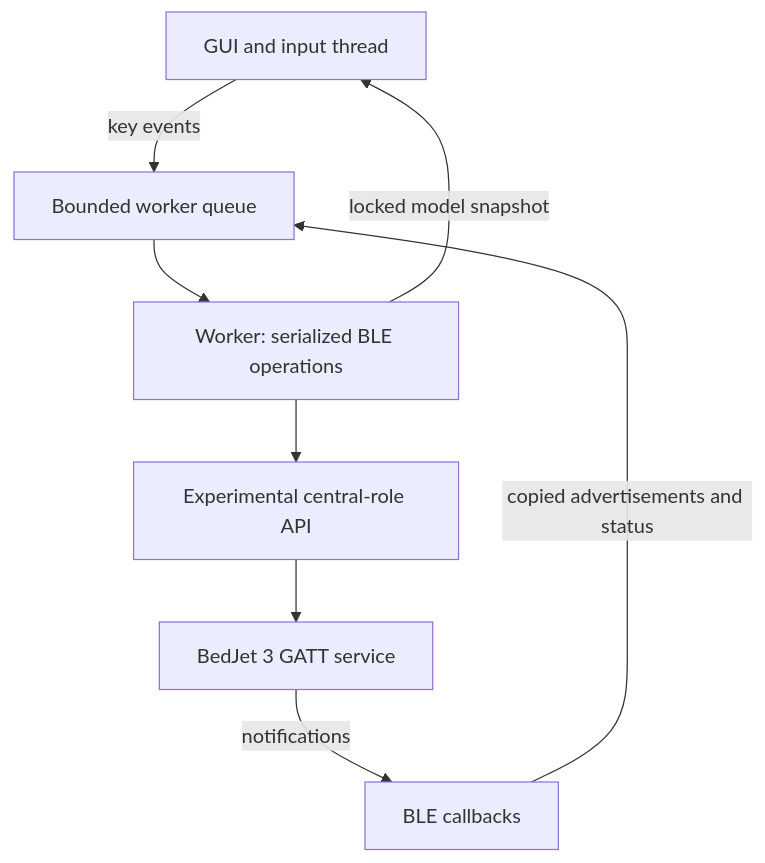
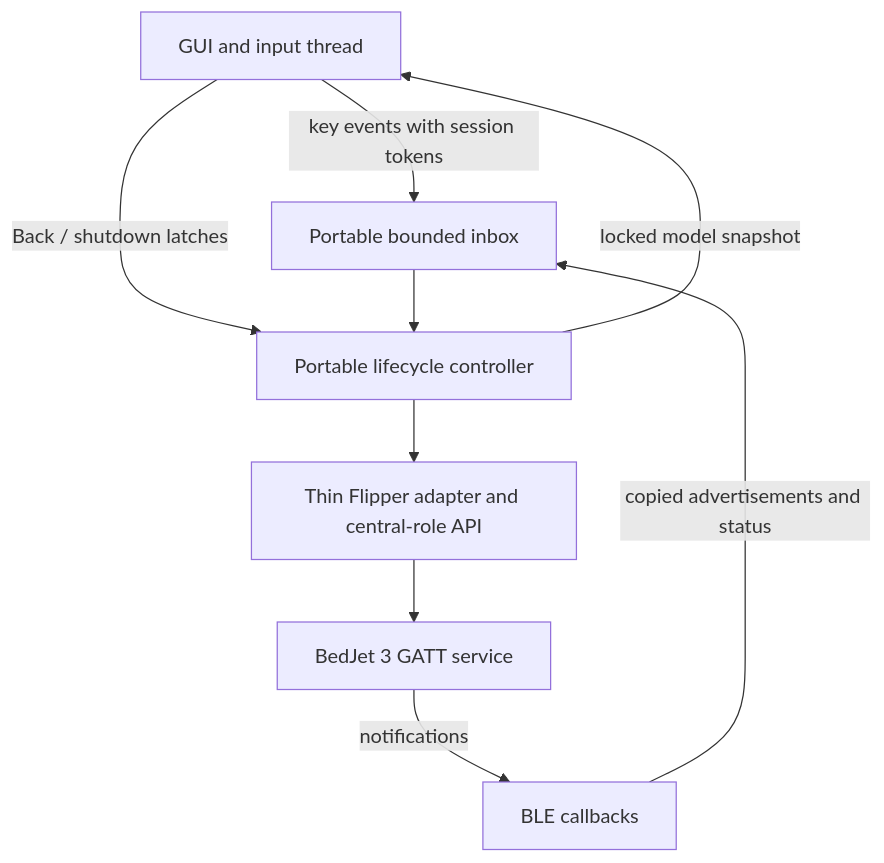
One commit to fderuiter/bedjet_Flipper changed the diagram in docs/architecture.md. Above: the diagram before and after it, drawn with Mermaid. The commit also changed other lines of this file and 24 other files, not shown here.

First line of the commit message:
refactor: exercise the production BedJet lifecycle through a portable harness

````diff
--- a/docs/architecture.md
+++ b/docs/architecture.md
@@ -6,10 +7,11 @@
 ```mermaid
 flowchart TD
-    UI["GUI and input thread"] -->|"key events"| Q["Bounded worker queue"]
+    UI["GUI and input thread"] -->|"key events with session tokens"| Q["Portable bounded inbox"]
+    UI -->|"Back / shutdown latches"| W
     CB["BLE callbacks"] -->|"copied advertisements and status"| Q
-    Q --> W["Worker: serialized BLE operations"]
-    W --> API["Experimental central-role API"]
+    Q --> W["Portable lifecycle controller"]
+    W --> API["Thin Flipper adapter and central-role API"]
     API --> BJ["BedJet 3 GATT service"]
     BJ -->|"notifications"| CB
     W -->|"locked model snapshot"| UI
 ```
````
